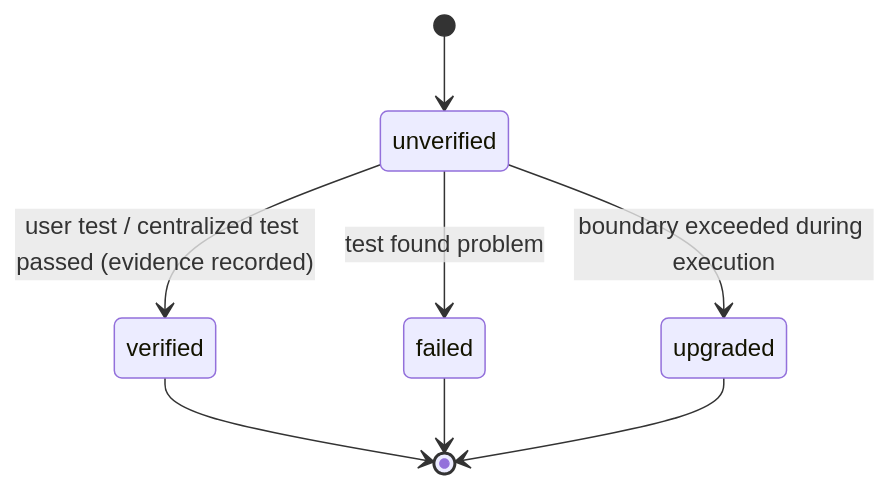
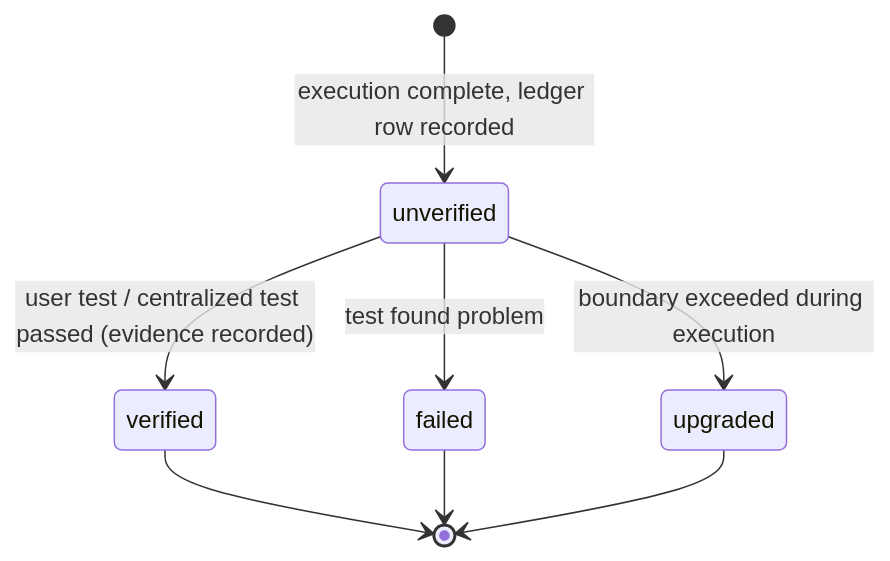
One commit to ldscfe/ALDS changed the fourth of 4 diagrams in .AI/standards/enums.md. Above: the diagram before and after it, drawn with Mermaid. The commit also changed other lines of this file and 8 other files, not shown here.

First line of the commit message:
Update spec content across standards, start flow, workflows, and skills

````diff
--- a/.AI/standards/enums.md
+++ b/.AI/standards/enums.md
@@ -241,10 +241,10 @@
 ```mermaid
 stateDiagram-v2
-    [*] --> unverified
+    [*] --> unverified: execution complete, ledger row recorded
     unverified --> verified: user test / centralized test passed (evidence recorded)
     unverified --> failed: test found problem
     unverified --> upgraded: boundary exceeded during execution
     verified --> [*]
     failed --> [*]
     upgraded --> [*]
 ```
````
